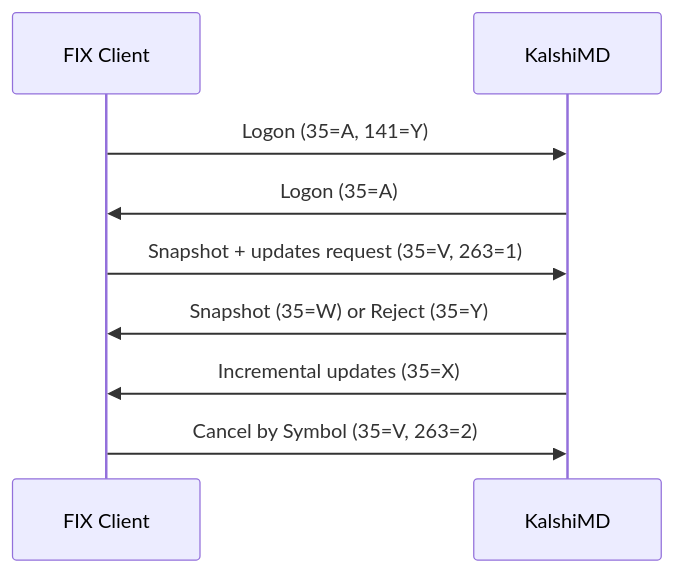
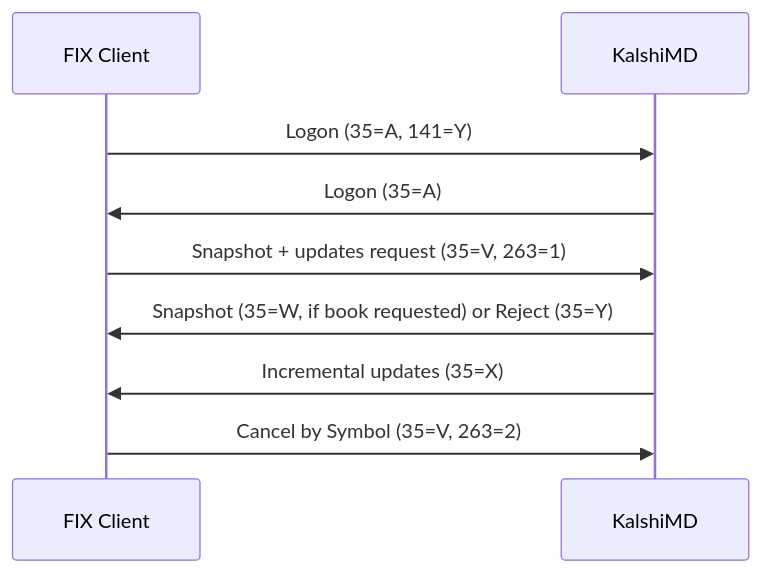
The diagram in docs/fix/market-data.md (justrhoto/kalshi-docs), drawn with Mermaid before and after one commit. The commit also changed other lines of this file and 44 other files, not shown here.

````diff
--- a/docs/fix/market-data.md
+++ b/docs/fix/market-data.md
@@ -18,12 +18,12 @@
 ```mermaid theme={null}
 sequenceDiagram
     participant Client as FIX Client
     participant KalshiMD
 
     Client->>KalshiMD: Logon (35=A, 141=Y)
     KalshiMD->>Client: Logon (35=A)
     Client->>KalshiMD: Snapshot + updates request (35=V, 263=1)
-    KalshiMD->>Client: Snapshot (35=W) or Reject (35=Y)
+    KalshiMD->>Client: Snapshot (35=W, if book requested) or Reject (35=Y)
     KalshiMD->>Client: Incremental updates (35=X)
     Client->>KalshiMD: Cancel by Symbol (35=V, 263=2)
 ```
````
